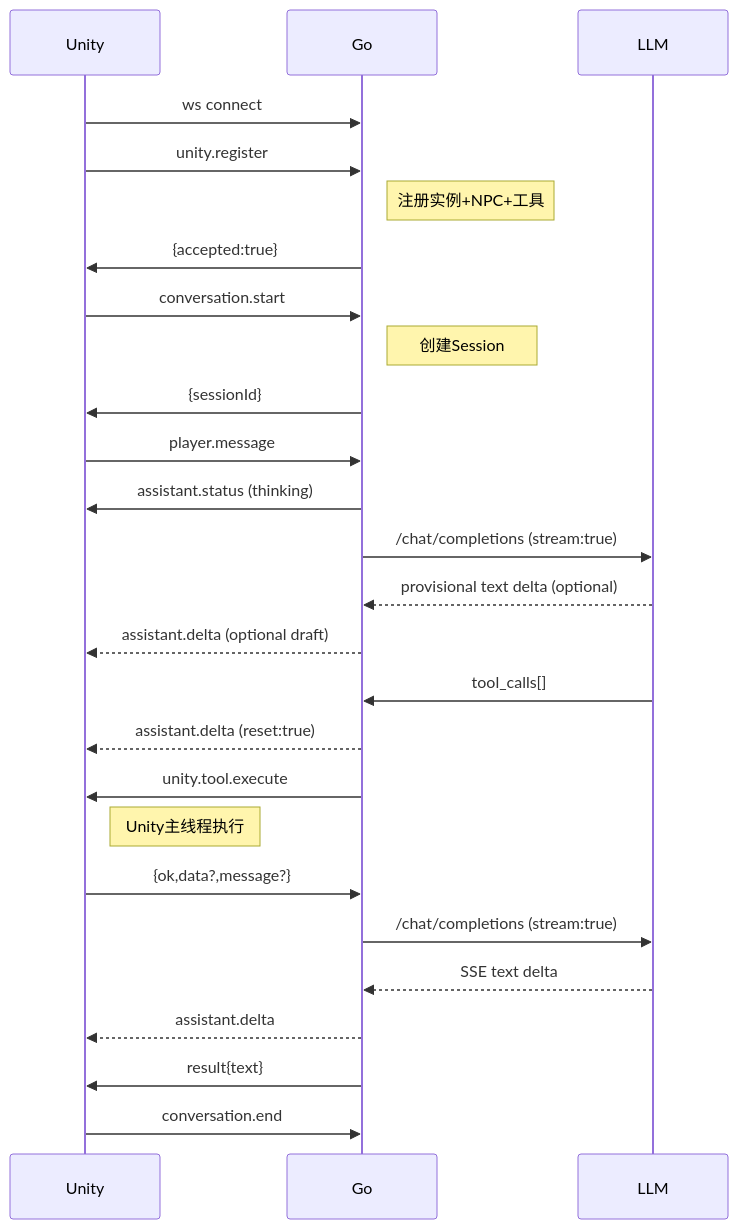
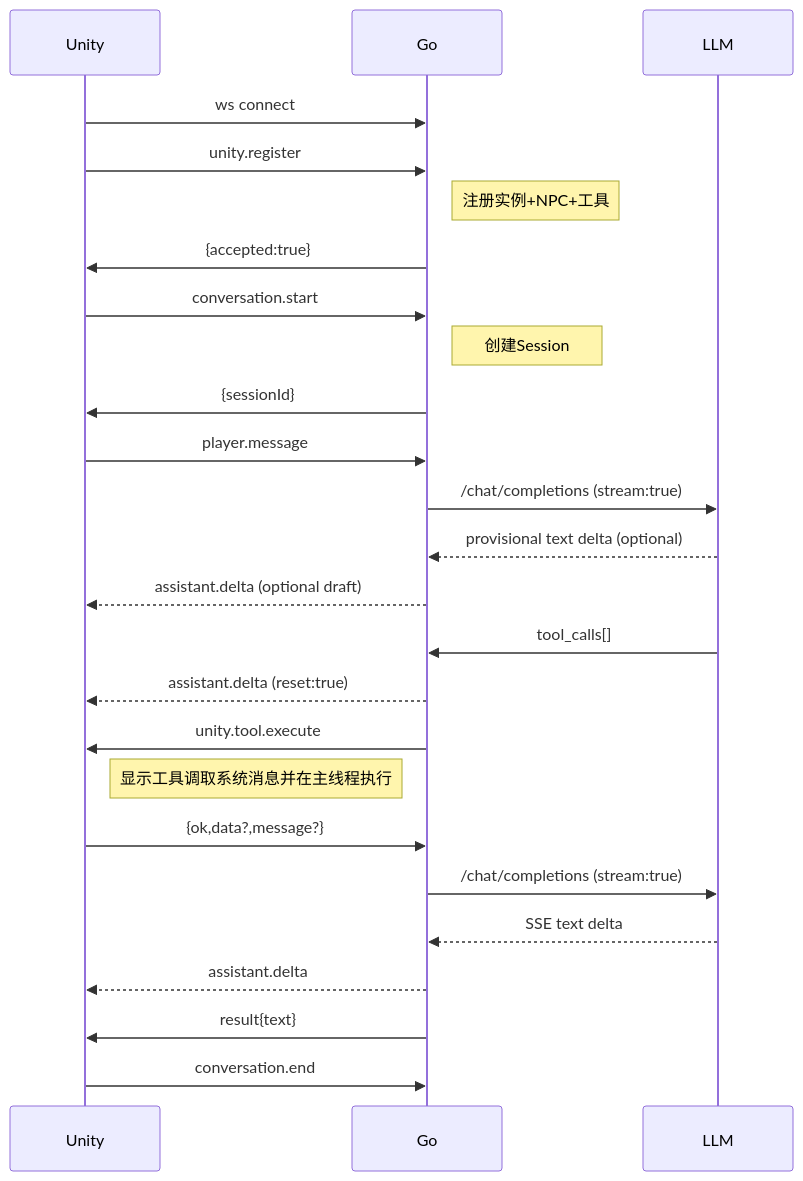
One commit to ytzuo/GameWithLLM changed the diagram in ARCHITECTURE.md. Above: the diagram before and after it, drawn with Mermaid. The commit also changed other lines of this file and 6 other files, not shown here.

````diff
--- a/ARCHITECTURE.md
+++ b/ARCHITECTURE.md
@@ -259,29 +259,28 @@
 ```mermaid
 sequenceDiagram
     participant Unity
     participant Go
     participant LLM
 
     Unity->>Go: ws connect
     Unity->>Go: unity.register
     Note right of Go: 注册实例+NPC+工具
     Go->>Unity: {accepted:true}
     Unity->>Go: conversation.start
     Note right of Go: 创建Session
     Go->>Unity: {sessionId}
     Unity->>Go: player.message
-    Go->>Unity: assistant.status (thinking)
     Go->>LLM: /chat/completions (stream:true)
     LLM-->>Go: provisional text delta (optional)
     Go-->>Unity: assistant.delta (optional draft)
     LLM->>Go: tool_calls[]
     Go-->>Unity: assistant.delta (reset:true)
     Go->>Unity: unity.tool.execute
-    Note right of Unity: Unity主线程执行
+    Note right of Unity: 显示工具调取系统消息并在主线程执行
     Unity->>Go: {ok,data?,message?}
     Go->>LLM: /chat/completions (stream:true)
     LLM-->>Go: SSE text delta
     Go-->>Unity: assistant.delta
     Go->>Unity: result{text}
     Unity->>Go: conversation.end
 ```
````
